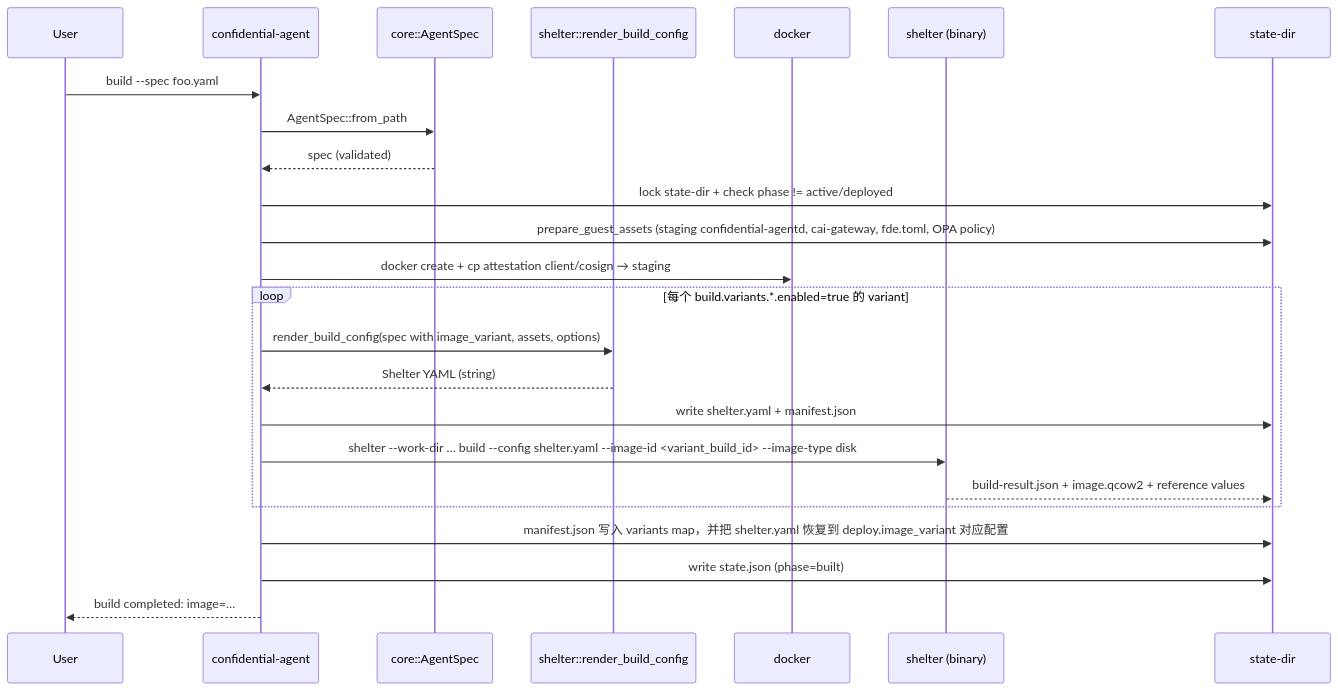
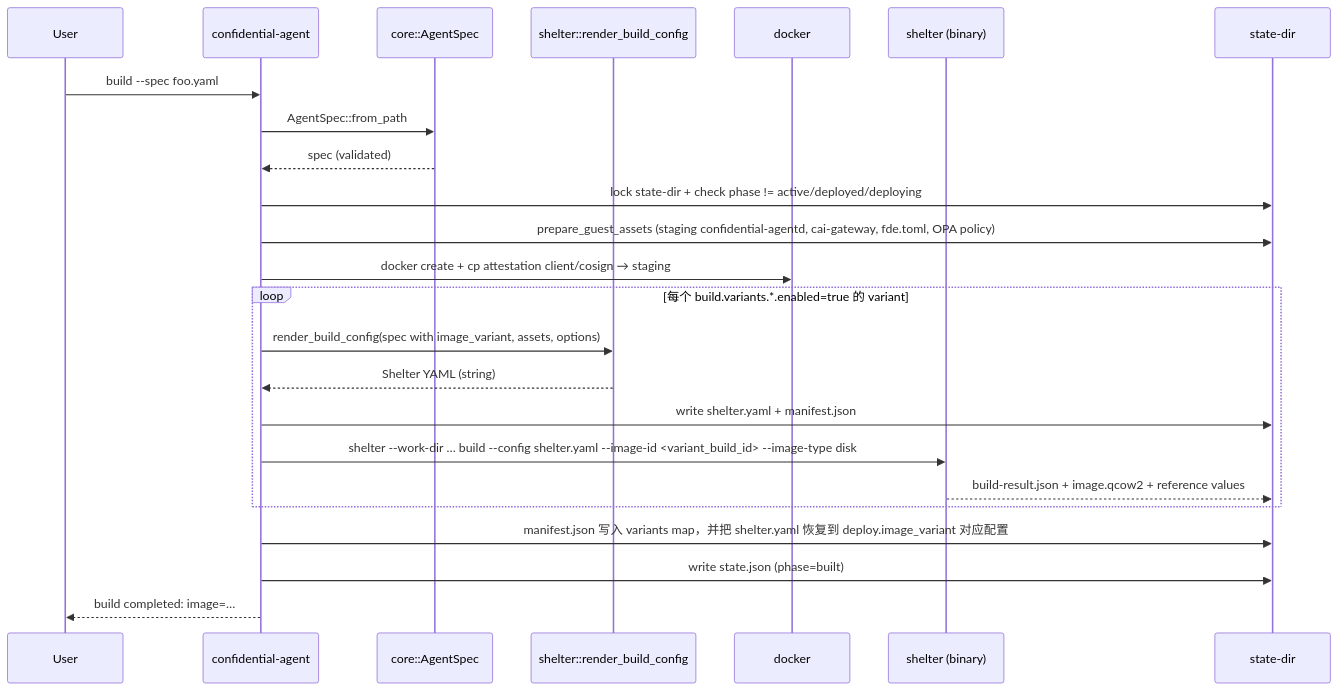
The third of 7 diagrams in docs/architecture.md (wdsun1008/confidential-agent), drawn with Mermaid before and after one commit. The commit also changed other lines of this file and 4 other files, not shown here.

````diff
--- a/docs/architecture.md
+++ b/docs/architecture.md
@@ -56,27 +56,27 @@
 ```mermaid
 sequenceDiagram
     participant U as User
     participant CLI as confidential-agent
     participant Core as core::AgentSpec
     participant SH as shelter::render_build_config
     participant Docker as docker
     participant SHB as shelter (binary)
     participant FS as state-dir
 
     U->>CLI: build --spec foo.yaml
     CLI->>Core: AgentSpec::from_path
     Core-->>CLI: spec (validated)
-    CLI->>FS: lock state-dir + check phase != active/deployed
+    CLI->>FS: lock state-dir + check phase != active/deployed/deploying
     CLI->>FS: prepare_guest_assets (staging confidential-agentd, cai-gateway, fde.toml, OPA policy)
     CLI->>Docker: docker create + cp attestation client/cosign → staging
     loop 每个 build.variants.*.enabled=true 的 variant
         CLI->>SH: render_build_config(spec with image_variant, assets, options)
         SH-->>CLI: Shelter YAML (string)
         CLI->>FS: write shelter.yaml + manifest.json
         CLI->>SHB: shelter --work-dir … build --config shelter.yaml --image-id <variant_build_id> --image-type disk
         SHB-->>FS: build-result.json + image.qcow2 + reference values
     end
     CLI->>FS: manifest.json 写入 variants map，并把 shelter.yaml 恢复到 deploy.image_variant 对应配置
     CLI->>FS: write state.json (phase=built)
     CLI-->>U: build completed: image=…
 ```
````
